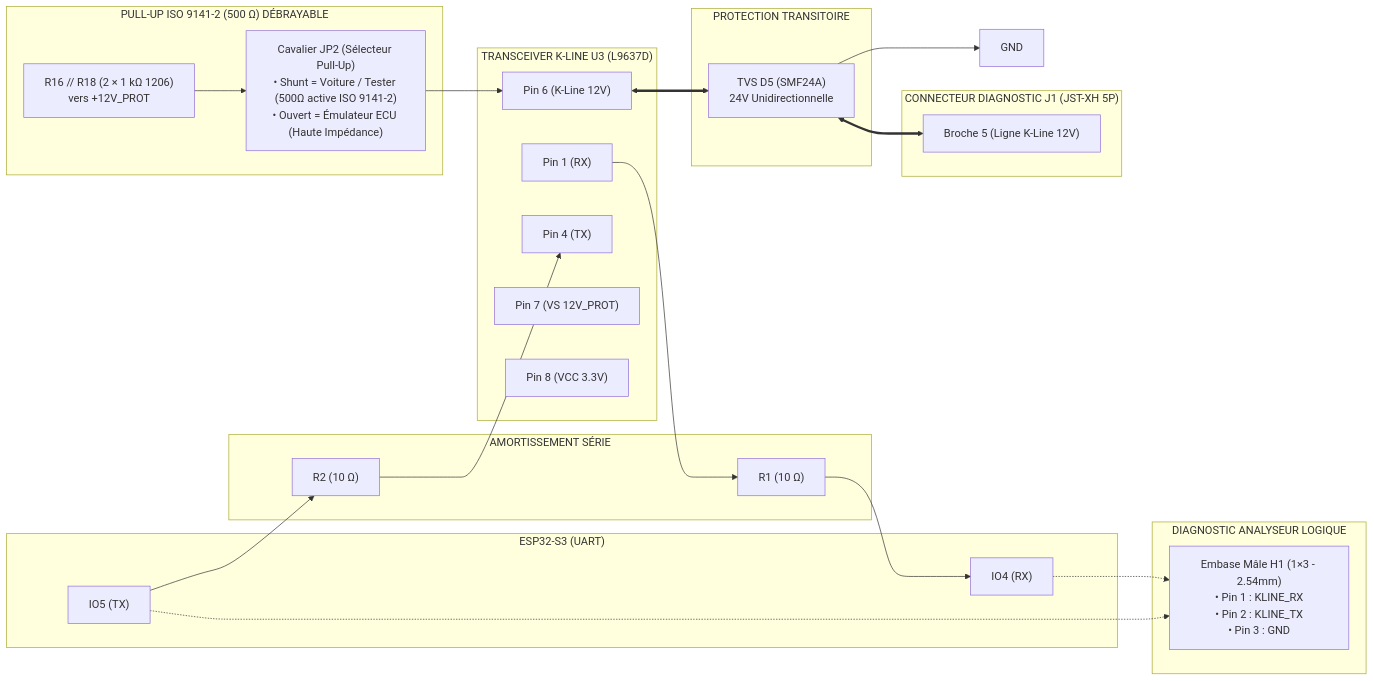
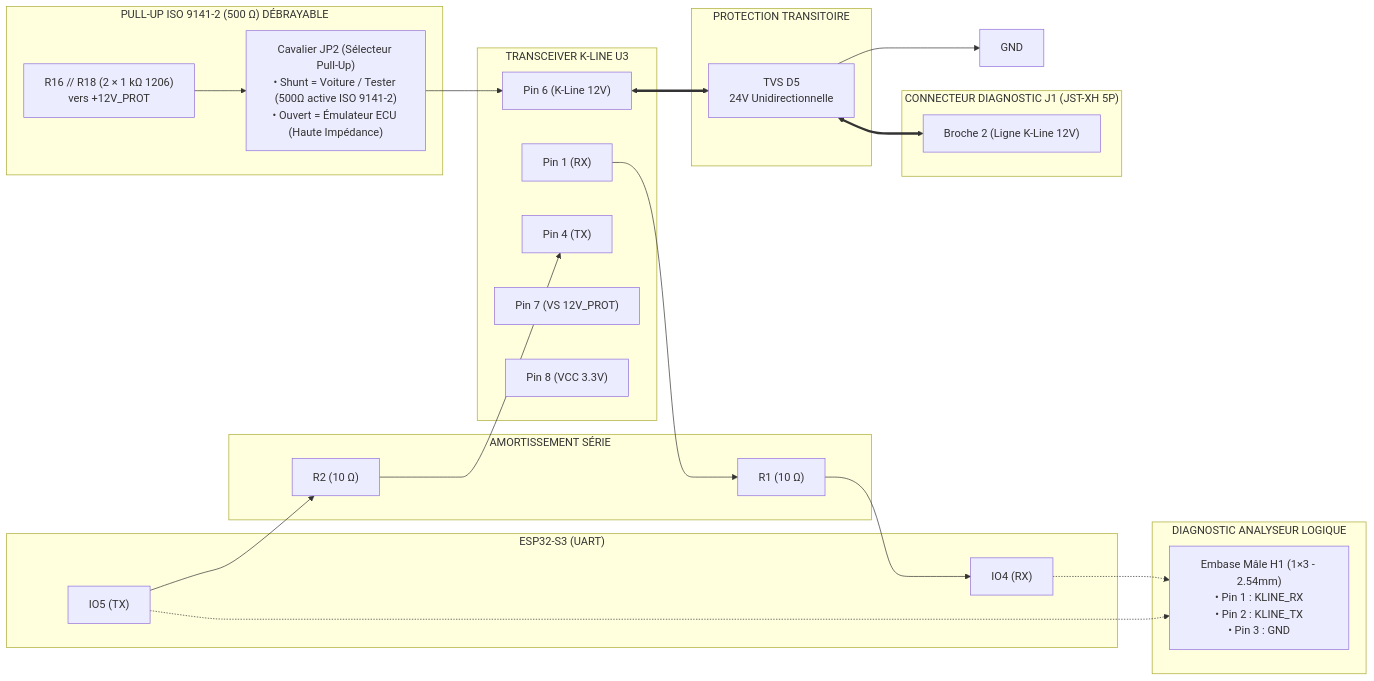
The seventh of 13 diagrams in documents/hardware.md (nitrogene/OBD2), drawn with Mermaid before and after one commit. The commit also changed other lines of this file and 6 other files, not shown here.

````diff
--- a/documents/hardware.md
+++ b/documents/hardware.md
@@ -381,57 +381,57 @@
 ```mermaid
 %%{init: {
   'themeVariables': {
     'fontFamily': 'Consolas, "Courier New", monospace',
     'fontSize': '12px'
   },
   'flowchart': {
     'curve': 'stepBefore',
     'nodeSpacing': 20,
     'rankSpacing': 30
   }
 }}%%
 flowchart LR
     subgraph MCU["ESP32-S3 (UART)"]
         MCU_TX["IO5 (TX)"]
         MCU_RX["IO4 (RX)"]
     end
 
     subgraph DAMPING["AMORTISSEMENT SÉRIE"]
         R2["R2 (10 Ω)"]
         R1["R1 (10 Ω)"]
     end
 
     subgraph DIAG_K["DIAGNOSTIC ANALYSEUR LOGIQUE"]
         H1["Embase Mâle H1 (1×3 - 2.54mm)\n• Pin 1 : KLINE_RX\n• Pin 2 : KLINE_TX\n• Pin 3 : GND"]
     end
 
-    subgraph K_IC["TRANSCEIVER K-LINE U3 (L9637D)"]
+    subgraph K_IC["TRANSCEIVER K-LINE U3"]
         K_TX["Pin 4 (TX)"]
         K_RX["Pin 1 (RX)"]
         K_PIN["Pin 6 (K-Line 12V)"]
         K_VS["Pin 7 (VS 12V_PROT)"]
         K_VCC["Pin 8 (VCC 3.3V)"]
     end
 
     subgraph PULLUP["PULL-UP ISO 9141-2 (500 Ω) DÉBRAYABLE"]
         R16_R18["R16 // R18 (2 × 1 kΩ 1206)\nvers +12V_PROT"]
         JP2_BOX["Cavalier JP2 (Sélecteur Pull-Up)\n• Shunt = Voiture / Tester (500Ω active ISO 9141-2)\n• Ouvert = Émulateur ECU (Haute Impédance)"]
     end
 
     subgraph PROT_K["PROTECTION TRANSITOIRE"]
-        D5["TVS D5 (SMF24A)\n24V Unidirectionnelle"]
+        D5["TVS D5\n24V Unidirectionnelle"]
     end
 
     subgraph J1_CONN["CONNECTEUR DIAGNOSTIC J1 (JST-XH 5P)"]
-        PIN5_CONN["Broche 5 (Ligne K-Line 12V)"]
+        PIN2_CONN["Broche 2 (Ligne K-Line 12V)"]
     end
 
     MCU_TX --> R2 --> K_TX
     K_RX --> R1 --> MCU_RX
     MCU_RX -.-> H1
     MCU_TX -.-> H1
     R16_R18 --> JP2_BOX --> K_PIN
     K_PIN <==> D5
     D5 --> GND_K["GND"]
-    D5 <==> PIN5_CONN
+    D5 <==> PIN2_CONN
 ```
````
